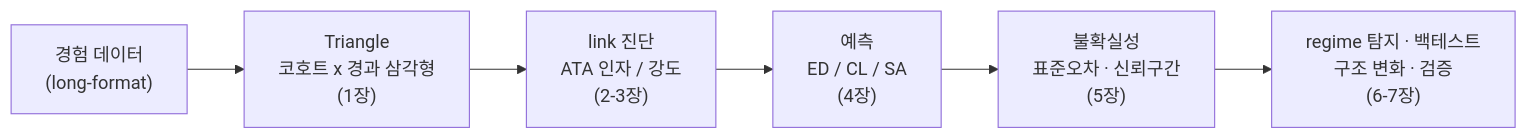
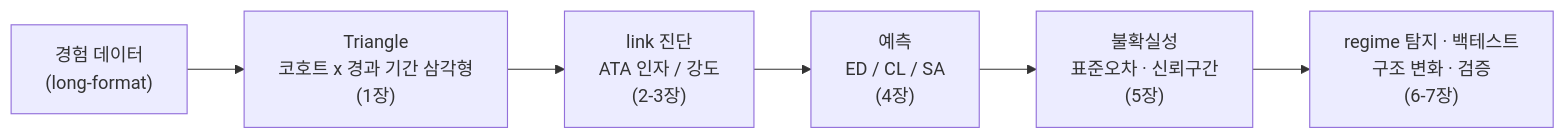
One commit to seokhoonj/lossratio changed the diagram in docs/tutorial/index.md. Above: the diagram before and after it, drawn with Mermaid. The commit also changed other lines of this file and 9 other files, not shown here.

````diff
--- a/docs/tutorial/index.md
+++ b/docs/tutorial/index.md
@@ -19,8 +20,8 @@
 ```{mermaid}
 flowchart LR
-  A["경험 데이터<br/>(long-format)"] --> B["Triangle<br/>코호트 x 경과 삼각형<br/>(1장)"]
+  A["경험 데이터<br/>(long-format)"] --> B["Triangle<br/>코호트 x 경과 기간 삼각형<br/>(1장)"]
   B --> C["link 진단<br/>ATA 인자 / 강도<br/>(2-3장)"]
   C --> D["예측<br/>ED / CL / SA<br/>(4장)"]
   D --> E["불확실성<br/>표준오차 · 신뢰구간<br/>(5장)"]
   E --> F["regime 탐지 · 백테스트<br/>구조 변화 · 검증<br/>(6-7장)"]
 ```
````
